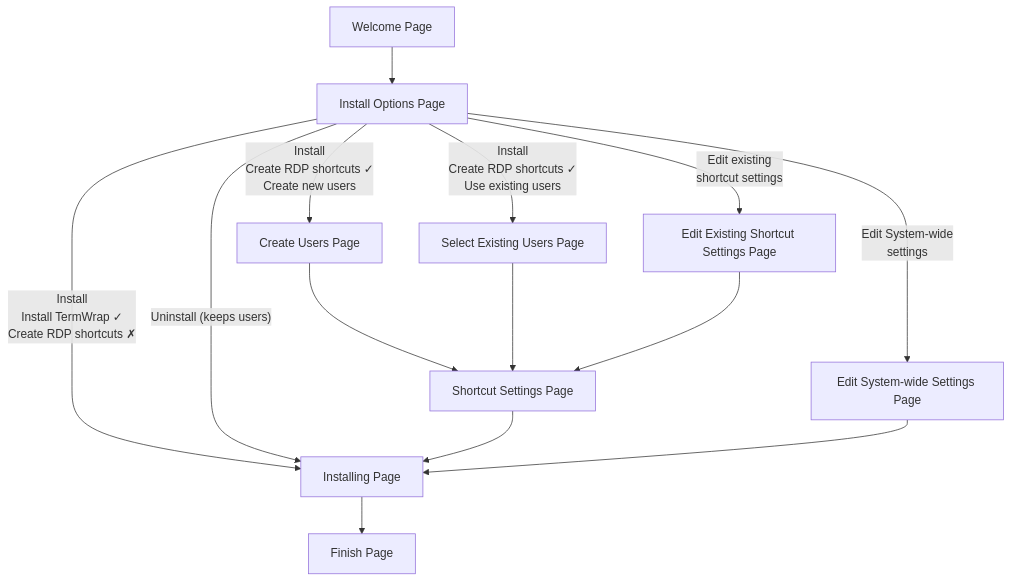
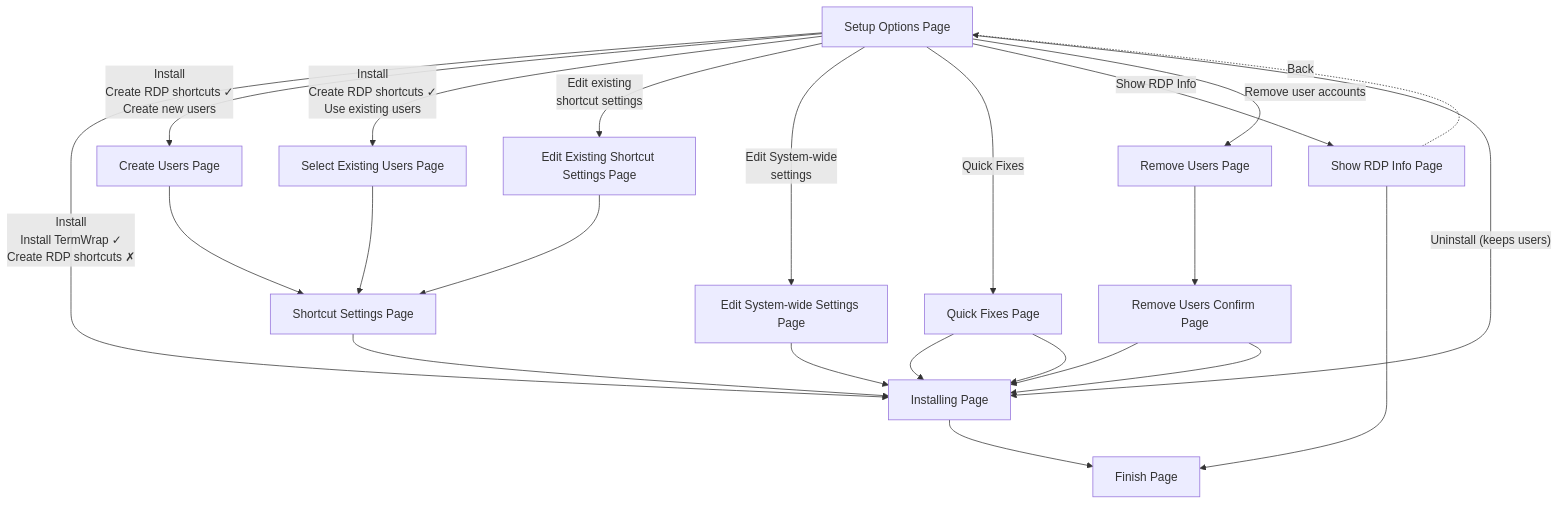
Before and after one commit to cpdx4/RDPWrapKit: the diagram in docs/installer-pages-flow.md, drawn with Mermaid. The commit also changed other lines of this file and 2 other files, not shown here.

Commit message:
Fixed installer flow. Increment version to v0.6.3

````diff
--- a/docs/installer-pages-flow.md
+++ b/docs/installer-pages-flow.md
@@ -7,40 +7,57 @@
 ```mermaid
 flowchart TD
-	Welcome[Welcome Page]
-	Options[Install Options Page]
+	Options[Setup Options Page]
 	UserPage[Create Users Page]
 	ExistingShortcuts[Select Existing Users Page]
 	EditShortcuts[Edit Existing Shortcut Settings Page]
 	ShortcutSettings[Shortcut Settings Page]
 	EditSystem[Edit System-wide Settings Page]
+	QuickFixes[Quick Fixes Page]
+	ShowRDPInfo[Show RDP Info Page]
+	RemoveUsers[Remove Users Page]
+	RemoveUsersConfirm[Remove Users Confirm Page]
 	Installing[Installing Page]
 	Finish[Finish Page]
-
-	Welcome --> Options
 
 	%% INSTALL MODE — Path A: Install TermWrap only
 	Options -->|"Install<br/>Install TermWrap ✓<br/>Create RDP shortcuts ✗"| Installing
 
 	%% INSTALL MODE — Path B: Install + Create new users
 	Options -->|"Install<br/>Create RDP shortcuts ✓<br/>Create new users"| UserPage
 	UserPage --> ShortcutSettings
 
 	%% INSTALL MODE — Path C: Install + Use existing users
 	Options -->|"Install<br/>Create RDP shortcuts ✓<br/>Use existing users"| ExistingShortcuts
 	ExistingShortcuts --> ShortcutSettings
 
 	%% EDIT EXISTING SHORTCUTS MODE
 	Options -->|"Edit existing<br/>shortcut settings"| EditShortcuts
 	EditShortcuts --> ShortcutSettings
 
 	%% EDIT SYSTEM-WIDE SETTINGS MODE
 	Options -->|"Edit System-wide<br/>settings"| EditSystem
 
+	%% QUICK FIXES MODE
+	Options -->|"Quick Fixes"| QuickFixes
+	QuickFixes --> Installing
+
+	%% SHOW RDP INFO MODE
+	Options -->|"Show RDP Info"| ShowRDPInfo
+	ShowRDPInfo --> Finish
+	ShowRDPInfo -.->|Back| Options
+
+	%% REMOVE USERS MODE
+	Options -->|"Remove user accounts"| RemoveUsers
+	RemoveUsers --> RemoveUsersConfirm
+	RemoveUsersConfirm --> Installing
+
 	%% UNINSTALL MODE
 	Options -->|"Uninstall (keeps users)"| Installing
 
 	%% CONVERGENCE POINTS
 	ShortcutSettings --> Installing
 	EditSystem --> Installing
+	QuickFixes --> Installing
+	RemoveUsersConfirm --> Installing
 	Installing --> Finish
 ```
````
